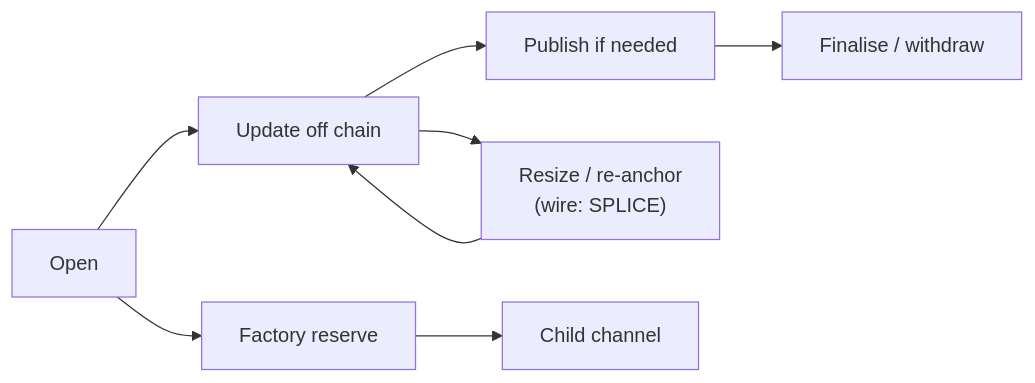
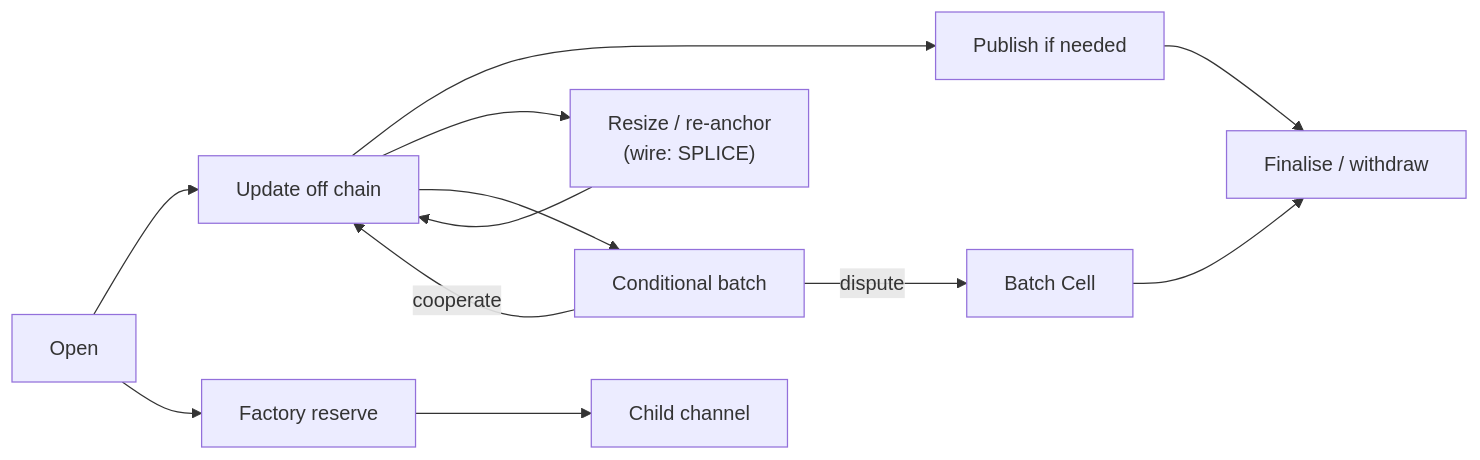
One commit to a19q3/Morph changed the second of 2 diagrams in README.md. Above: the diagram before and after it, drawn with Mermaid. The commit also changed other lines of this file and 50 other files, not shown here.

Commit message:
release: add Morph 3.0 conditional batch settlement

````diff
--- a/README.md
+++ b/README.md
@@ -106,10 +116,14 @@
 ```mermaid
 flowchart LR
     A["Open"] --> B["Update off chain"]
     B --> C["Publish if needed"]
     C --> D["Finalise / withdraw"]
     B --> E["Resize / re-anchor<br/>(wire: SPLICE)"]
     E --> B
     A --> F["Factory reserve"]
     F --> G["Child channel"]
+    B --> H["Conditional batch"]
+    H -->|"cooperate"| B
+    H -->|"dispute"| I["Batch Cell"]
+    I --> D
 ```
````
